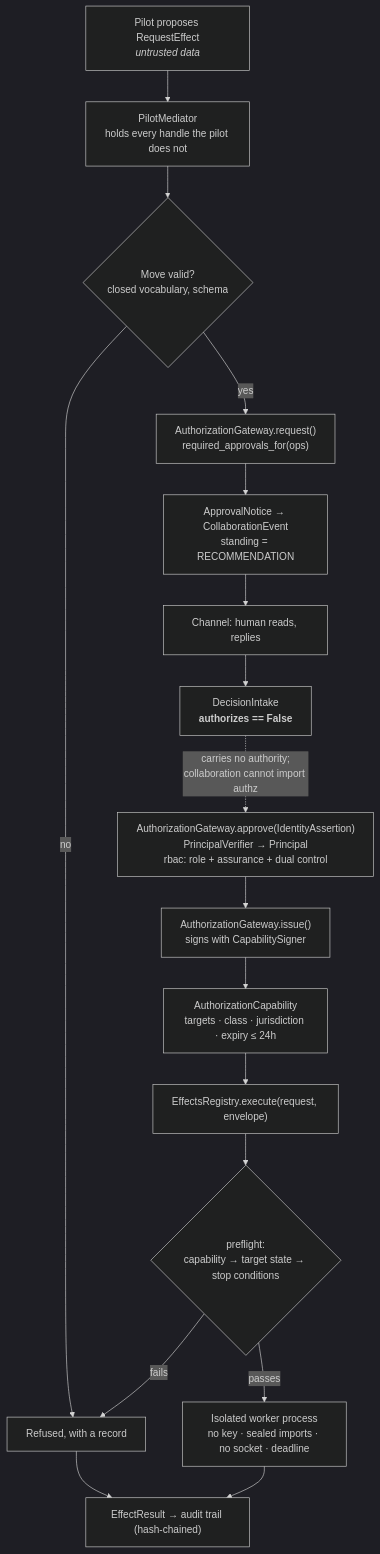
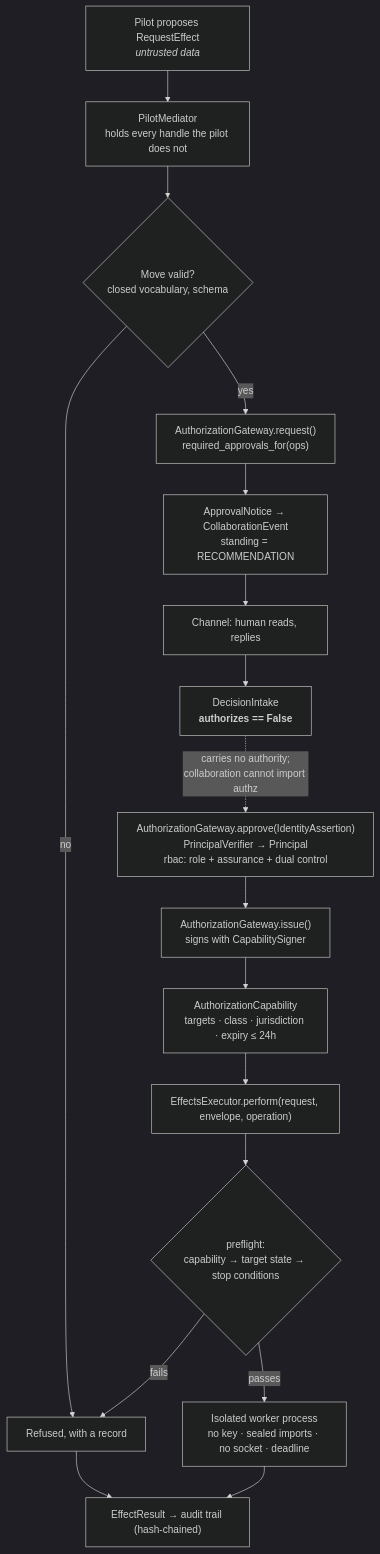
The diagram in docs/security/agent-trust-model.md (toonight/NEMESIS), drawn with Mermaid (dark theme) before and after one commit. The commit also changed 3 other files, not shown here.

````diff
--- a/docs/security/agent-trust-model.md
+++ b/docs/security/agent-trust-model.md
@@ -297,27 +297,27 @@
 ```mermaid
 flowchart TD
     P["Pilot proposes RequestEffect<br/><i>untrusted data</i>"]
     M["PilotMediator<br/>holds every handle the pilot does not"]
     V{"Move valid?<br/>closed vocabulary, schema"}
     G["AuthorizationGateway.request()<br/>required_approvals_for(ops)"]
     N["ApprovalNotice → CollaborationEvent<br/>standing = RECOMMENDATION"]
     C["Channel: human reads, replies"]
     I["DecisionIntake<br/><b>authorizes == False</b>"]
     A["AuthorizationGateway.approve(IdentityAssertion)<br/>PrincipalVerifier → Principal<br/>rbac: role + assurance + dual control"]
     S["AuthorizationGateway.issue()<br/>signs with CapabilitySigner"]
     K["AuthorizationCapability<br/>targets · class · jurisdiction · expiry ≤ 24h"]
-    E["EffectsRegistry.execute(request, envelope)"]
+    E["EffectsExecutor.perform(request, envelope, operation)"]
     F{"preflight:<br/>capability → target state → stop conditions"}
     W["Isolated worker process<br/>no key · sealed imports · no socket · deadline"]
     R["EffectResult → audit trail (hash-chained)"]
     X["Refused, with a record"]
 
     P --> M --> V
     V -- no --> X
     V -- yes --> G --> N --> C --> I
     I -. "carries no authority;<br/>collaboration cannot import authz" .-> A
     A --> S --> K --> E --> F
     F -- fails --> X
     F -- passes --> W --> R
     X --> R
 ```
````
